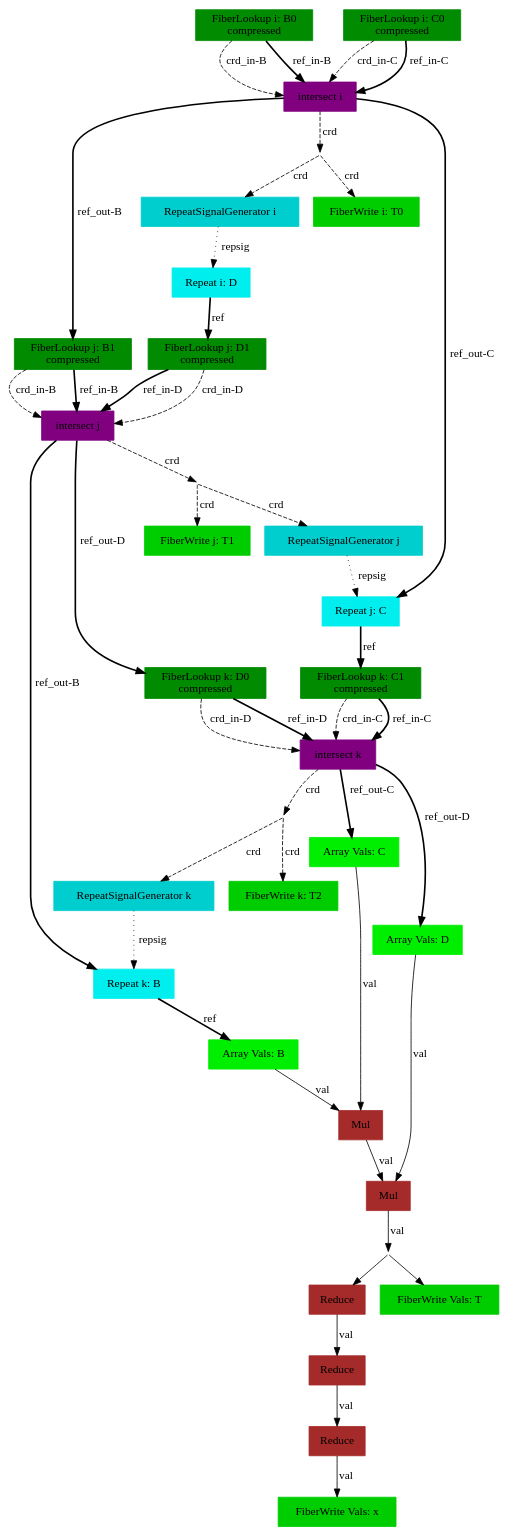
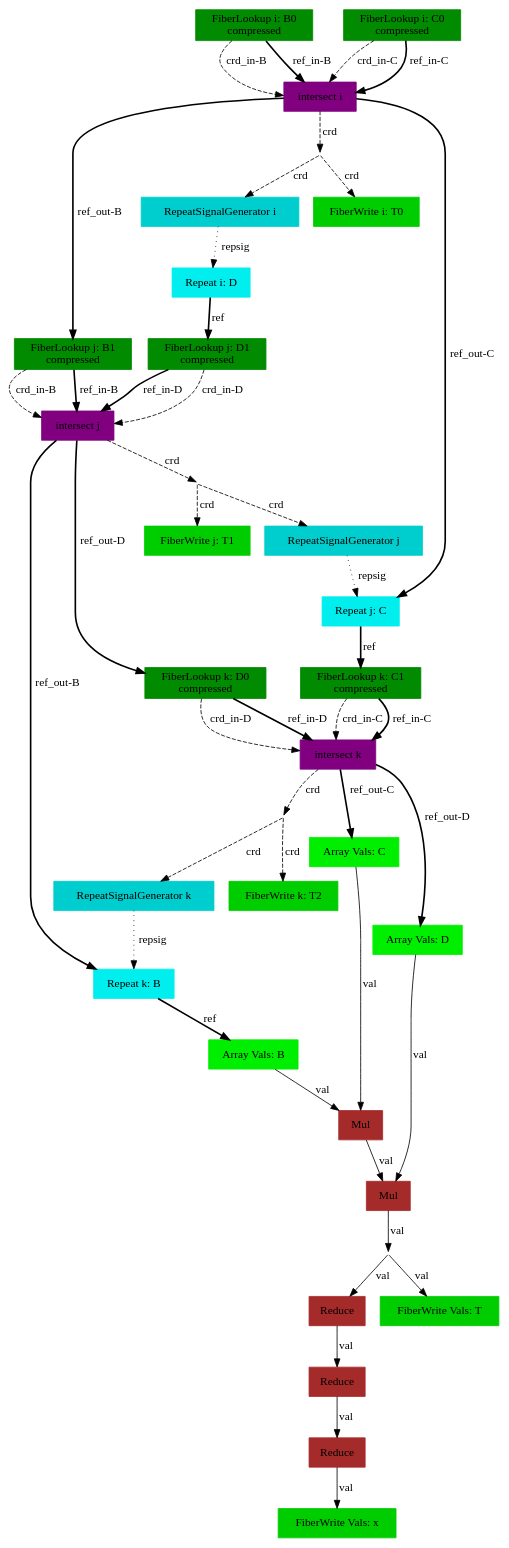
One commit to weiya711/sam changed the diagram in compiler/sam-outputs/dot/mat_mask_tri_fiberwrite.gv. Above: the diagram before and after it, drawn with Graphviz.

Commit message:
Fix an oopsies

```diff
--- a/compiler/sam-outputs/dot/mat_mask_tri_fiberwrite.gv
+++ b/compiler/sam-outputs/dot/mat_mask_tri_fiberwrite.gv
@@ -1,86 +1,86 @@
 digraph SAM {
     comment="x=none,B=ss01,C=ss01,D=ss10"
     22 [comment="type=fiberlookup,index=i,tensor=B,mode=0,format=compressed,src=true,root=true" label="FiberLookup i: B0\ncompressed" color=green4 shape=box style=filled type="fiberlookup" index="i" tensor="B" mode="0" format="compressed" src="true" root="true"]
     21 [comment="type=intersect,index=i" label="intersect i" color=purple shape=box style=filled type="intersect" index="i"]
     20 [comment="type=repsiggen,index=i" label="RepeatSignalGenerator i" color=cyan3 shape=box style=filled type="repsiggen" index="i"]
     19 [comment="type=repeat,index=i,tensor=D,root=true" label="Repeat i: D" color=cyan2 shape=box style=filled type="repeat" index="i" tensor="D" root="true"]
     18 [comment="type=fiberlookup,index=j,tensor=D,mode=1,format=compressed,src=true,root=false" label="FiberLookup j: D1\ncompressed" color=green4 shape=box style=filled type="fiberlookup" index="j" tensor="D" mode="1" format="compressed" src="true" root="false"]
     16 [comment="type=intersect,index=j" label="intersect j" color=purple shape=box style=filled type="intersect" index="j"]
     15 [comment="type=repsiggen,index=j" label="RepeatSignalGenerator j" color=cyan3 shape=box style=filled type="repsiggen" index="j"]
     14 [comment="type=repeat,index=j,tensor=C,root=false" label="Repeat j: C" color=cyan2 shape=box style=filled type="repeat" index="j" tensor="C" root="false"]
     12 [comment="type=fiberlookup,index=k,tensor=C,mode=1,format=compressed,src=true,root=false" label="FiberLookup k: C1\ncompressed" color=green4 shape=box style=filled type="fiberlookup" index="k" tensor="C" mode="1" format="compressed" src="true" root="false"]
     11 [comment="type=intersect,index=k" label="intersect k" color=purple shape=box style=filled type="intersect" index="k"]
     10 [comment="type=repsiggen,index=k" label="RepeatSignalGenerator k" color=cyan3 shape=box style=filled type="repsiggen" index="k"]
     9 [comment="type=repeat,index=k,tensor=B,root=false" label="Repeat k: B" color=cyan2 shape=box style=filled type="repeat" index="k" tensor="B" root="false"]
     6 [comment="type=arrayvals,tensor=B" label="Array Vals: B" color=green2 shape=box style=filled type="arrayvals" tensor="B"]
     5 [comment="type=mul" label="Mul" color=brown shape=box style=filled type="mul"]
     4 [comment="type=mul" label="Mul" color=brown shape=box style=filled type="mul"]
     3 [comment="type=reduce" label="Reduce" color=brown shape=box style=filled type="reduce"]
     2 [comment="type=reduce" label="Reduce" color=brown shape=box style=filled type="reduce"]
     1 [comment="type=reduce" label="Reduce" color=brown shape=box style=filled type="reduce"]
     0 [comment="type=fiberwrite,mode=vals,tensor=x,size=1,sink=true" label="FiberWrite Vals: x" color=green3 shape=box style=filled type="fiberwrite" tensor="x" mode="vals" size="1" sink="true"]
     7 [comment="type=arrayvals,tensor=C" label="Array Vals: C" color=green2 shape=box style=filled type="arrayvals" tensor="C"]
     8 [comment="type=arrayvals,tensor=D" label="Array Vals: D" color=green2 shape=box style=filled type="arrayvals" tensor="D"]
     13 [comment="type=fiberlookup,index=k,tensor=D,mode=0,format=compressed,src=true,root=false" label="FiberLookup k: D0\ncompressed" color=green4 shape=box style=filled type="fiberlookup" index="k" tensor="D" mode="0" format="compressed" src="true" root="false"]
     17 [comment="type=fiberlookup,index=j,tensor=B,mode=1,format=compressed,src=true,root=false" label="FiberLookup j: B1\ncompressed" color=green4 shape=box style=filled type="fiberlookup" index="j" tensor="B" mode="1" format="compressed" src="true" root="false"]
     23 [comment="type=fiberlookup,index=i,tensor=C,mode=0,format=compressed,src=true,root=true" label="FiberLookup i: C0\ncompressed" color=green4 shape=box style=filled type="fiberlookup" index="i" tensor="C" mode="0" format="compressed" src="true" root="true"]
     
     24 [comment="type=fiberwrite,mode=0,tensor=T,size=B0_dim,sink=true" label="FiberWrite i: T0" color=green3 shape=box style=filled type="fiberwrite" tensor="T" mode="0" size="1" sink="true"]
     25 [comment="type=fiberwrite,mode=1,tensor=T,size=B0_dim*B1_dim,sink=true" label="FiberWrite j: T1" color=green3 shape=box style=filled type="fiberwrite" tensor="T" mode="1" size="B0_dim*B1_dim" sink="true"]
     26 [comment="type=fiberwrite,mode=2,tensor=T,size=B0_dim*B1_dim*C1_dim,sink=true" label="FiberWrite k: T2" color=green3 shape=box style=filled type="fiberwrite" tensor="T" mode="2" size="B0_dim*B1_dim*C1_dim" sink="true"]
     30 [comment="type=fiberwrite,mode=vals,tensor=T,size=B0_dim*B1_dim*C1_dim,sink=true" label="FiberWrite Vals: T" color=green3 shape=box style=filled type="fiberwrite" tensor="T" mode="vals" size="B0_dim*B1_dim*C1_dim" sink="true"]
 
     27 [comment="type=broadcast" shape=point style=invis type="broadcast"]
     28 [comment="type=broadcast" shape=point style=invis type="broadcast"]
     29 [comment="type=broadcast" shape=point style=invis type="broadcast"]
     31 [comment="type=broadcast" shape=point style=invis type="broadcast"]
 
     22 -> 21 [label="crd_in-B" style=dashed type="crd" comment="in-B"]
     21 -> 27 [label="crd" style=dashed type="crd"]
     27 -> 20 [label="crd" style=dashed type="crd"]
     27 -> 24 [label="crd" style=dashed type="crd"]
 
     20 -> 19 [label="repsig" style=dotted type="repsig"]
     19 -> 18 [label="ref" style=bold type="ref"]
     18 -> 16 [label="crd_in-D" style=dashed type="crd" comment="in-D"]
     16 -> 28 [label="crd" style=dashed type="crd"]
     28 -> 15 [label="crd" style=dashed type="crd"]
     28 -> 25 [label="crd" style=dashed type="crd"]
 
     15 -> 14 [label="repsig" style=dotted type="repsig"]
     14 -> 12 [label="ref" style=bold type="ref"]
     12 -> 11 [label="crd_in-C" style=dashed type="crd" comment="in-C"]
     11 -> 29 [label="crd" style=dashed type="crd"]
     29 -> 10 [label="crd" style=dashed type="crd"]
     29 -> 26 [label="crd" style=dashed type="crd"]
 
     10 -> 9 [label="repsig" style=dotted type="repsig"]
     9 -> 6 [label="ref" style=bold type="ref"]
     6 -> 5 [label="val" type="val"]
     5 -> 4 [label="val" type="val"]
     4 -> 31 [label="val" type="val"]
-    31 -> 3
-    31 -> 30
+    31 -> 3 [label="val" type="val"]
+    31 -> 30 [label="val" type="val"]
     
     3 -> 2 [label="val" type="val"]
     2 -> 1 [label="val" type="val"]
     1 -> 0 [label="val" type="val"]
     11 -> 7 [label="ref_out-C" style=bold type="ref" comment="out-C"]
     7 -> 5 [label="val" type="val"]
     11 -> 8 [label="ref_out-D" style=bold type="ref" comment="out-D"]
     8 -> 4 [label="val" type="val"]
     12 -> 11 [label="ref_in-C" style=bold type="ref" comment="in-C"]
     16 -> 9 [label="ref_out-B" style=bold type="ref" comment="out-B"]
     16 -> 13 [label="ref_out-D" style=bold type="ref" comment="out-D"]
     13 -> 11 [label="crd_in-D" style=dashed type="crd" comment="in-D"]
     13 -> 11 [label="ref_in-D" style=bold type="ref" comment="in-D"]
     18 -> 16 [label="ref_in-D" style=bold type="ref" comment="in-D"]
     21 -> 17 [label="ref_out-B" style=bold type="ref" comment="out-B"]
     17 -> 16 [label="crd_in-B" style=dashed type="crd" comment="in-B"]
     17 -> 16 [label="ref_in-B" style=bold type="ref" comment="in-B"]
     21 -> 14 [label="ref_out-C" style=bold type="ref" comment="out-C"]
     22 -> 21 [label="ref_in-B" style=bold type="ref" comment="in-B"]
     23 -> 21 [label="crd_in-C" style=dashed type="crd" comment="in-C"]
     23 -> 21 [label="ref_in-C" style=bold type="ref" comment="in-C"]
     
 }
```
